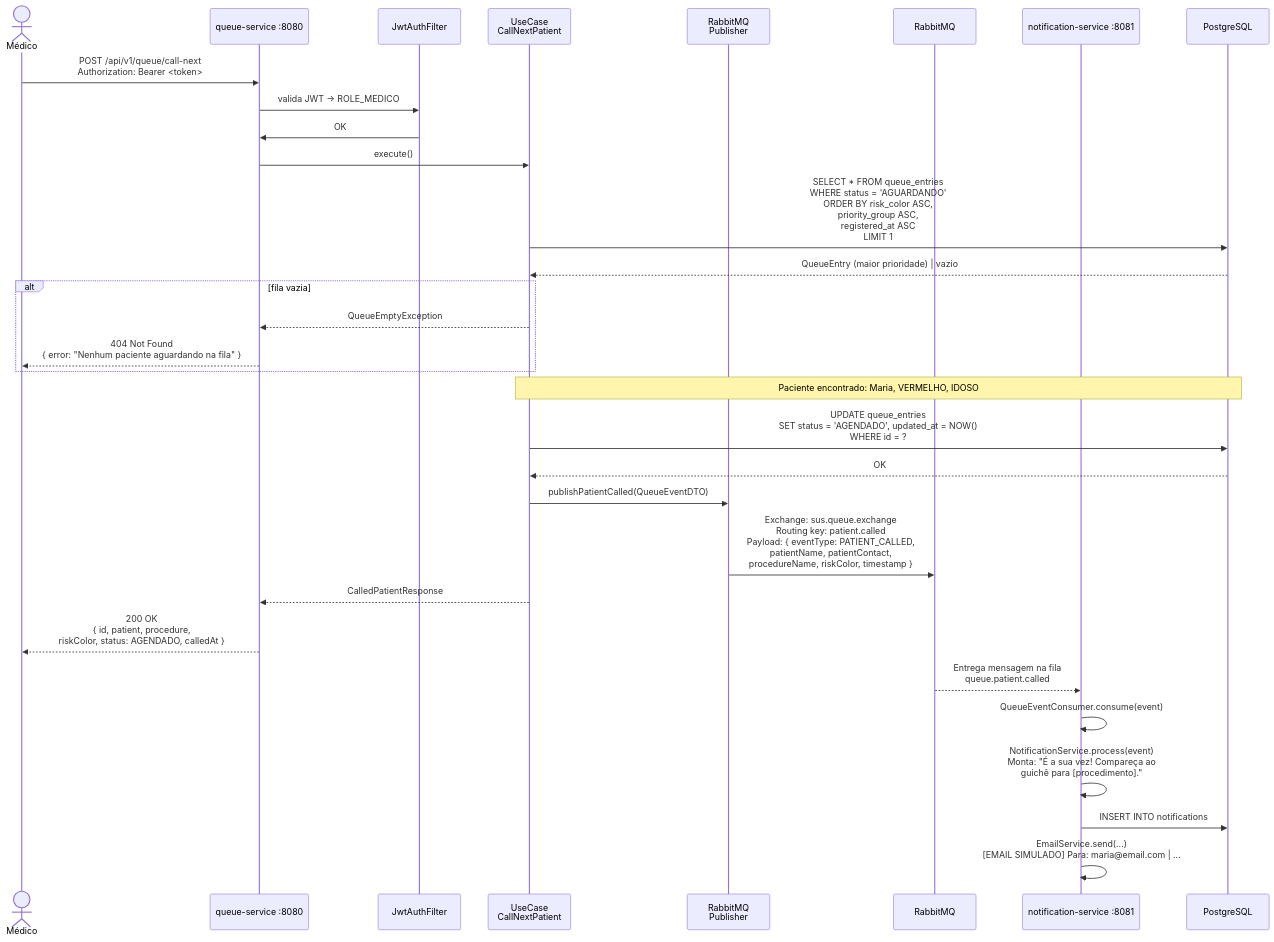
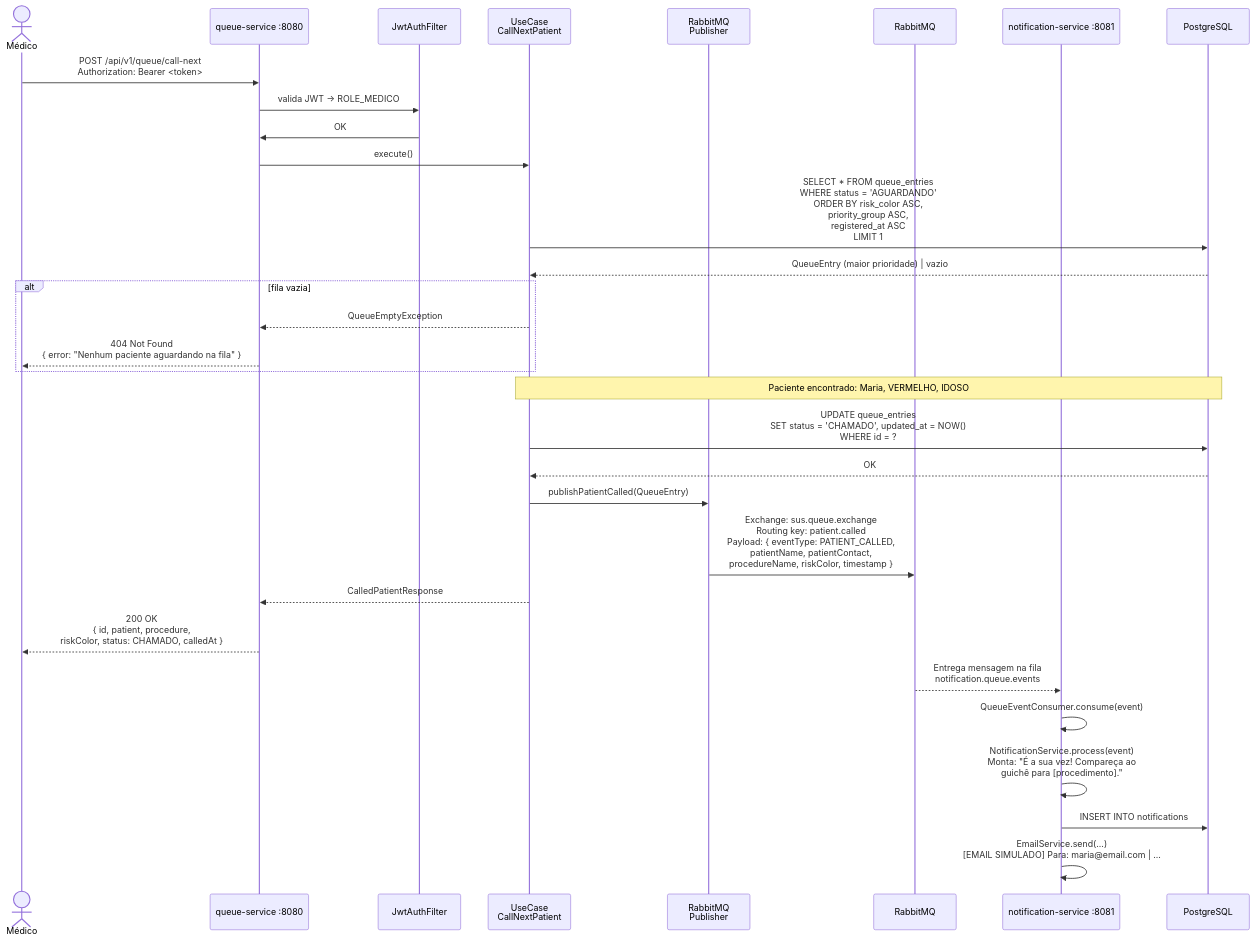
The fifth of 13 diagrams in docs/sequencias-diagrama.md (LucasBruner/Morbus), drawn with Mermaid before and after one commit. The commit also changed other lines of this file and 235 other files, not shown here.

````diff
--- a/docs/sequencias-diagrama.md
+++ b/docs/sequencias-diagrama.md
@@ -195,44 +196,44 @@
 ```mermaid
 sequenceDiagram
     actor Medico as Médico
     participant QS as queue-service :8080
     participant Filter as JwtAuthFilter
     participant UC as UseCase<br/>CallNextPatient
     participant Publisher as RabbitMQ<br/>Publisher
     participant MQ as RabbitMQ
     participant NS as notification-service :8081
     participant DB as PostgreSQL
 
     Medico->>QS: POST /api/v1/queue/call-next<br/>Authorization: Bearer <token>
 
     QS->>Filter: valida JWT → ROLE_MEDICO
     Filter->>QS: OK
 
     QS->>UC: execute()
 
     UC->>DB: SELECT * FROM queue_entries<br/>WHERE status = 'AGUARDANDO'<br/>ORDER BY risk_color ASC,<br/>priority_group ASC,<br/>registered_at ASC<br/>LIMIT 1
     DB-->>UC: QueueEntry (maior prioridade) | vazio
 
     alt fila vazia
         UC-->>QS: QueueEmptyException
         QS-->>Medico: 404 Not Found<br/>{ error: "Nenhum paciente aguardando na fila" }
     end
 
     Note over UC,DB: Paciente encontrado: Maria, VERMELHO, IDOSO
 
-    UC->>DB: UPDATE queue_entries<br/>SET status = 'AGENDADO', updated_at = NOW()<br/>WHERE id = ?
+    UC->>DB: UPDATE queue_entries<br/>SET status = 'CHAMADO', updated_at = NOW()<br/>WHERE id = ?
     DB-->>UC: OK
 
-    UC->>Publisher: publishPatientCalled(QueueEventDTO)
+    UC->>Publisher: publishPatientCalled(QueueEntry)
     Publisher->>MQ: Exchange: sus.queue.exchange<br/>Routing key: patient.called<br/>Payload: { eventType: PATIENT_CALLED,<br/>patientName, patientContact,<br/>procedureName, riskColor, timestamp }
 
     UC-->>QS: CalledPatientResponse
-    QS-->>Medico: 200 OK<br/>{ id, patient, procedure,<br/>riskColor, status: AGENDADO, calledAt }
+    QS-->>Medico: 200 OK<br/>{ id, patient, procedure,<br/>riskColor, status: CHAMADO, calledAt }
 
-    MQ-->>NS: Entrega mensagem na fila<br/>queue.patient.called
+    MQ-->>NS: Entrega mensagem na fila<br/>notification.queue.events
 
     NS->>NS: QueueEventConsumer.consume(event)
     NS->>NS: NotificationService.process(event)<br/>Monta: "É a sua vez! Compareça ao<br/>guichê para [procedimento]."
     NS->>DB: INSERT INTO notifications
     NS->>NS: EmailService.send(...)<br/>[EMAIL SIMULADO] Para: maria@email.com | ...
 ```
````
